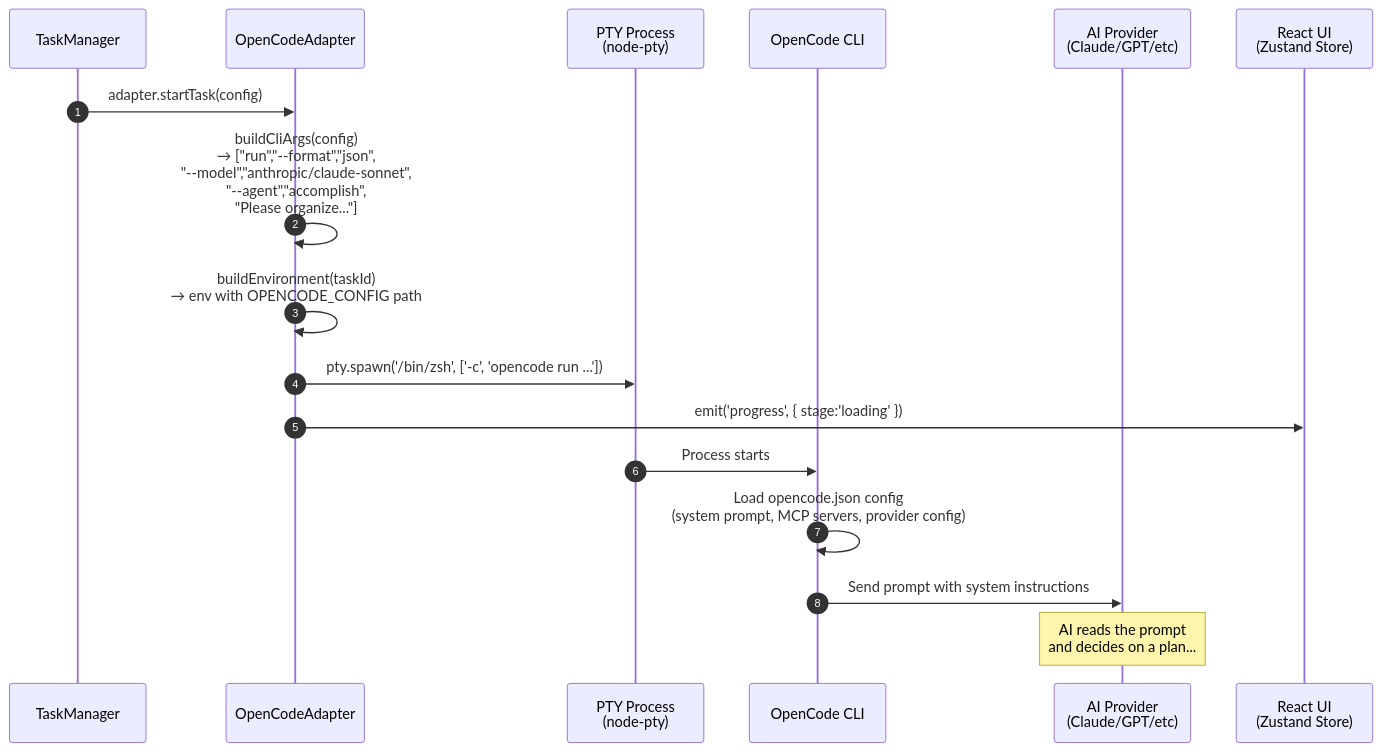
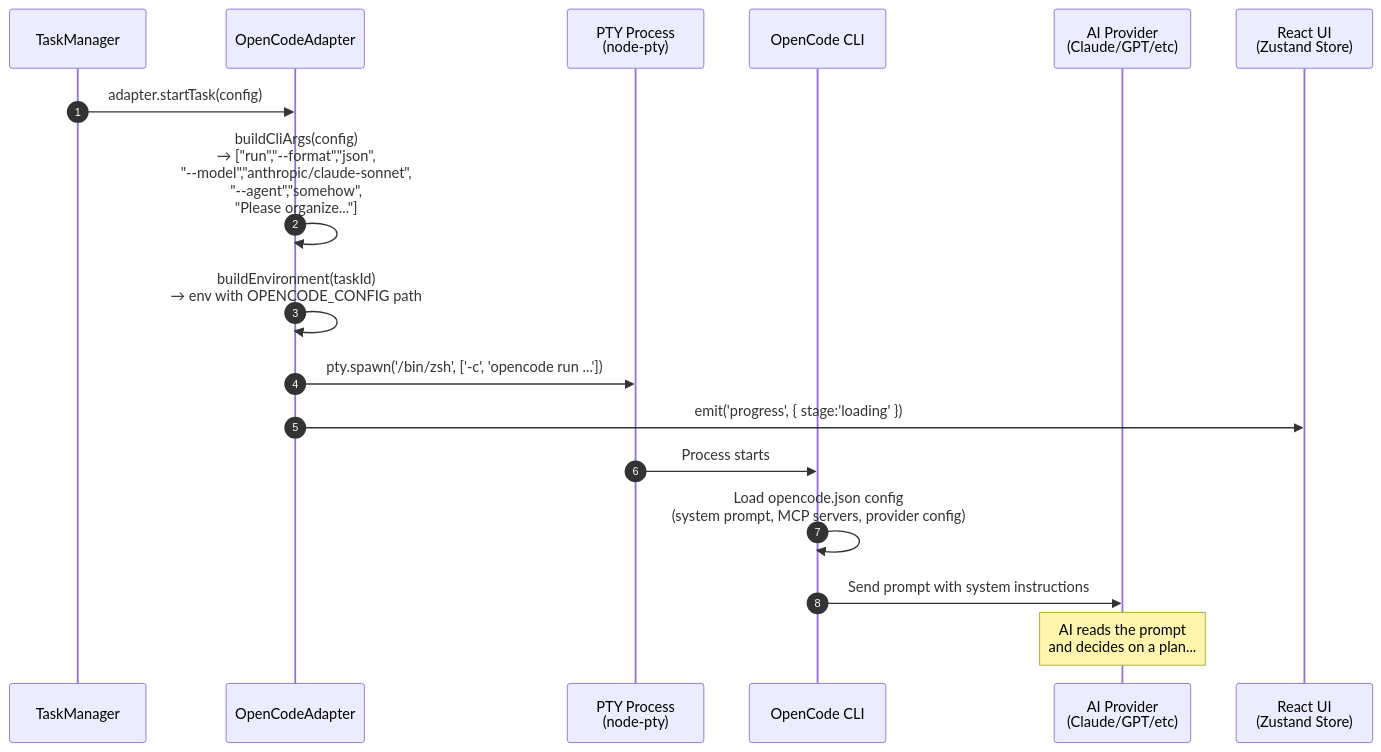
The second of 8 diagrams in docs/task-flow-phases.md (its-harshit/openplish), drawn with Mermaid before and after one commit. The commit also changed other lines of this file and 148 other files, not shown here.

````diff
--- a/docs/task-flow-phases.md
+++ b/docs/task-flow-phases.md
@@ -58,22 +58,22 @@
 ```mermaid
 sequenceDiagram
     autonumber
     participant TM as TaskManager
     participant OCA as OpenCodeAdapter
     participant PTY as PTY Process<br/>(node-pty)
     participant CLI as OpenCode CLI
     participant AI as AI Provider<br/>(Claude/GPT/etc)
     participant React as React UI<br/>(Zustand Store)
 
     TM->>OCA: adapter.startTask(config)
-    OCA->>OCA: buildCliArgs(config)<br/>→ ["run","--format","json",<br/>"--model","anthropic/claude-sonnet",<br/>"--agent","accomplish",<br/>"Please organize..."]
+    OCA->>OCA: buildCliArgs(config)<br/>→ ["run","--format","json",<br/>"--model","anthropic/claude-sonnet",<br/>"--agent","somehow",<br/>"Please organize..."]
     OCA->>OCA: buildEnvironment(taskId)<br/>→ env with OPENCODE_CONFIG path
     OCA->>PTY: pty.spawn('/bin/zsh', ['-c', 'opencode run ...'])
     OCA->>React: emit('progress', { stage:'loading' })
 
     PTY->>CLI: Process starts
     CLI->>CLI: Load opencode.json config<br/>(system prompt, MCP servers, provider config)
     CLI->>AI: Send prompt with system instructions
 
     Note over AI: AI reads the prompt<br/>and decides on a plan...
 ```
````
